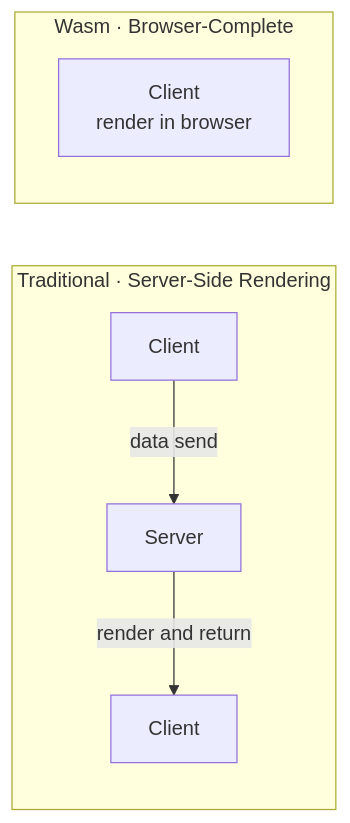
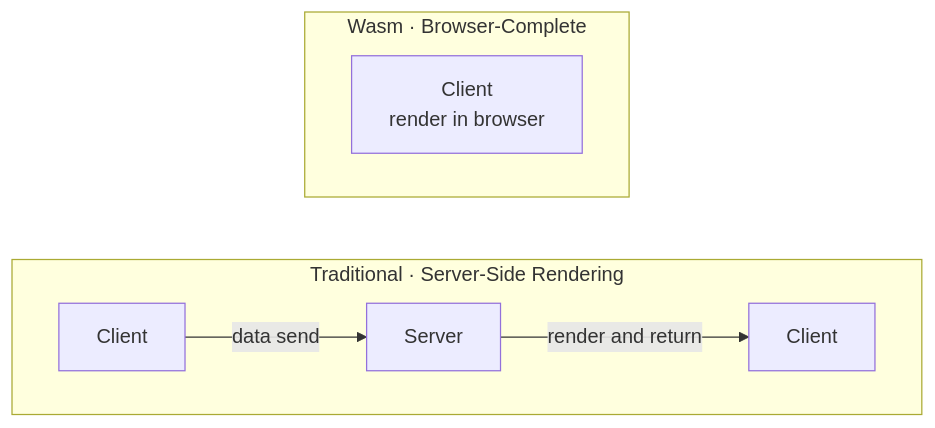
One commit to tkoyama010/pyvista-wasm changed the first of 4 diagrams in slides/slides.md. Above: the diagram before and after it, drawn with Mermaid.

Commit message:
docs: arrange SSR vs Wasm architecture diagram horizontally

````diff
--- a/slides/slides.md
+++ b/slides/slides.md
@@ -267,12 +267,12 @@
 ```mermaid {scale: 0.75}
 flowchart LR
   subgraph Traditional["Traditional · Server-Side Rendering"]
-    direction TB
+    direction LR
     TC1["Client"] -->|data send| S["Server"]
     S -->|render and return| TC2["Client"]
   end
   subgraph Wasm["Wasm · Browser-Complete"]
-    direction TB
+    direction LR
     WC["Client<br/>render in browser"]
   end
 ```
````
